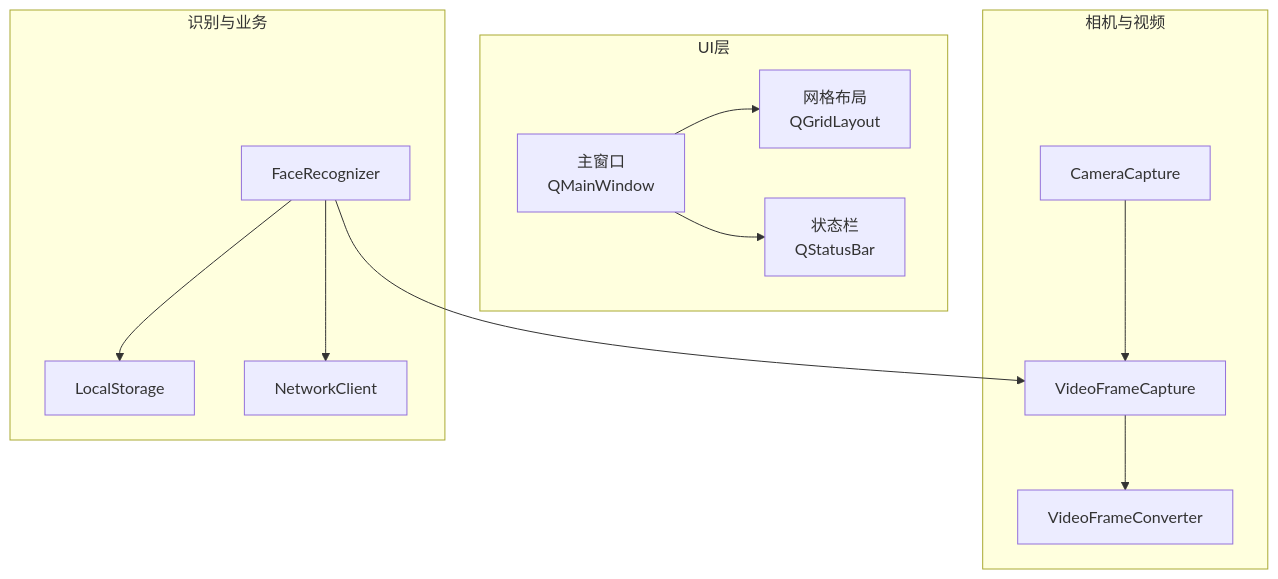
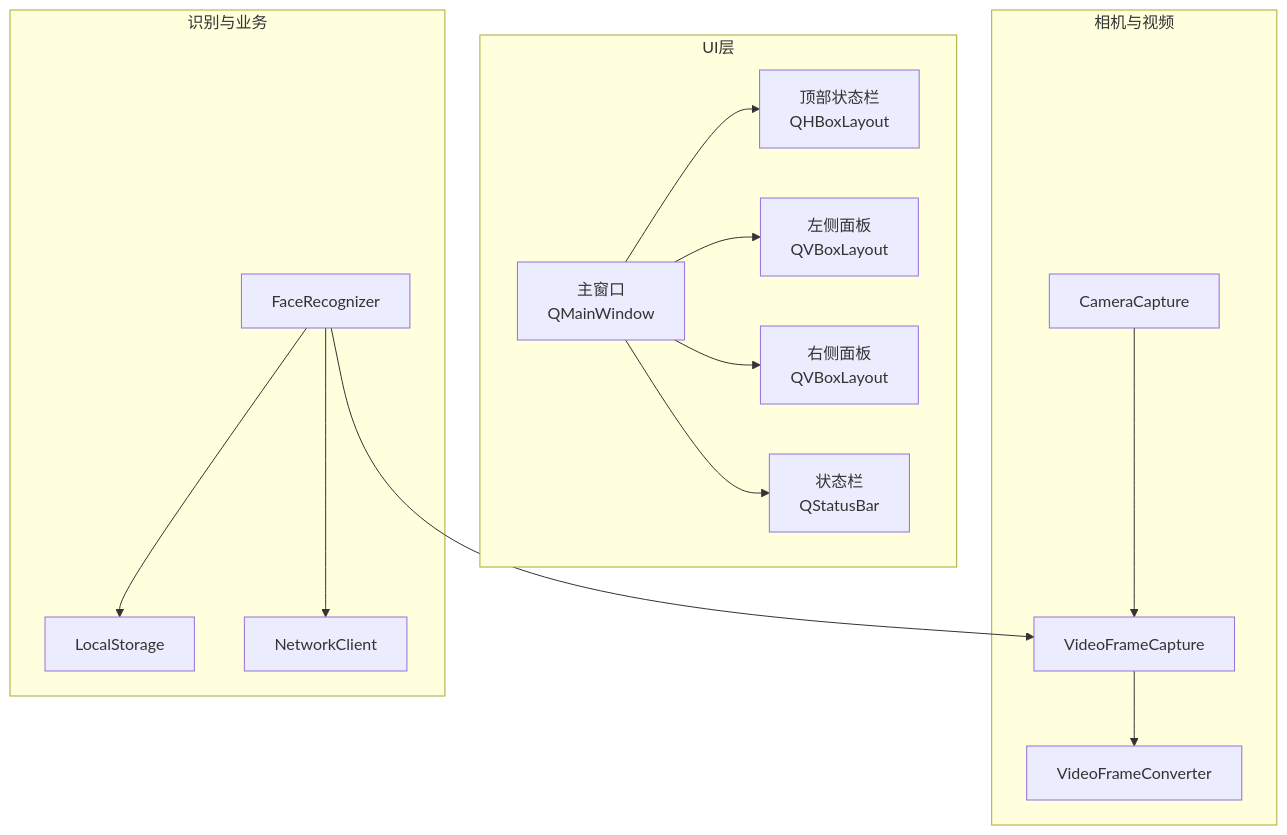
The second of 7 diagrams in .qoder/repowiki/zh/content/用户界面设计.md (HeQiTZD/Triple-terminal-Attendance-Punching-System), drawn with Mermaid before and after one commit. The commit also changed other lines of this file and 105 other files, not shown here.

````diff
--- a/.qoder/repowiki/zh/content/用户界面设计.md
+++ b/.qoder/repowiki/zh/content/用户界面设计.md
@@ -100,25 +111,29 @@
 ```mermaid
 graph TB
 subgraph "UI层"
 MW["主窗口<br/>QMainWindow"]
-GL["网格布局<br/>QGridLayout"]
+TL["顶部状态栏<br/>QHBoxLayout"]
+CL["左侧面板<br/>QVBoxLayout"]
+RL["右侧面板<br/>QVBoxLayout"]
 SB["状态栏<br/>QStatusBar"]
 end
 subgraph "相机与视频"
 CC["CameraCapture"]
 VFC["VideoFrameCapture"]
 VFCV["VideoFrameConverter"]
 end
 subgraph "识别与业务"
 FR["FaceRecognizer"]
 LS["LocalStorage"]
 NC["NetworkClient"]
 end
-MW --> GL
+MW --> TL
+MW --> CL
+MW --> RL
 MW --> SB
 CC --> VFC
 VFC --> VFCV
 FR --> VFC
 FR --> LS
 FR --> NC
 ```
````
